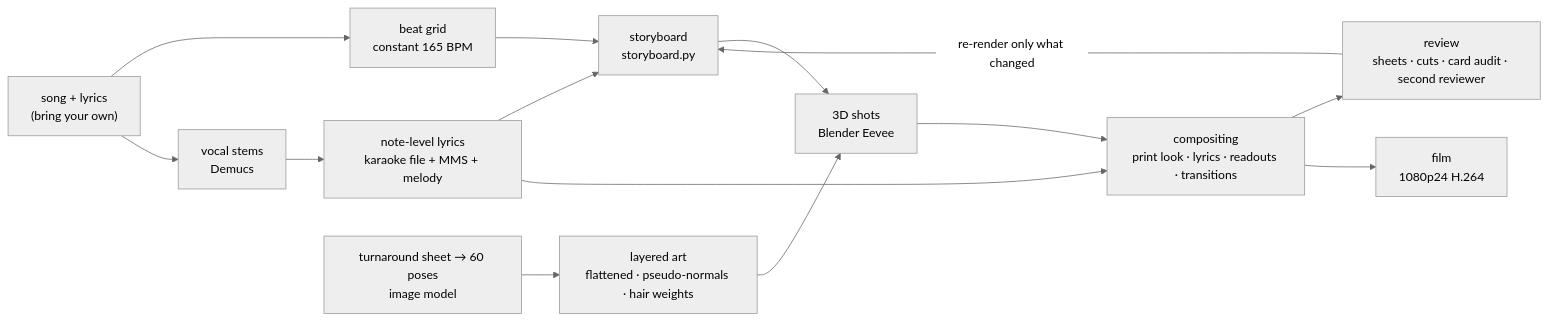
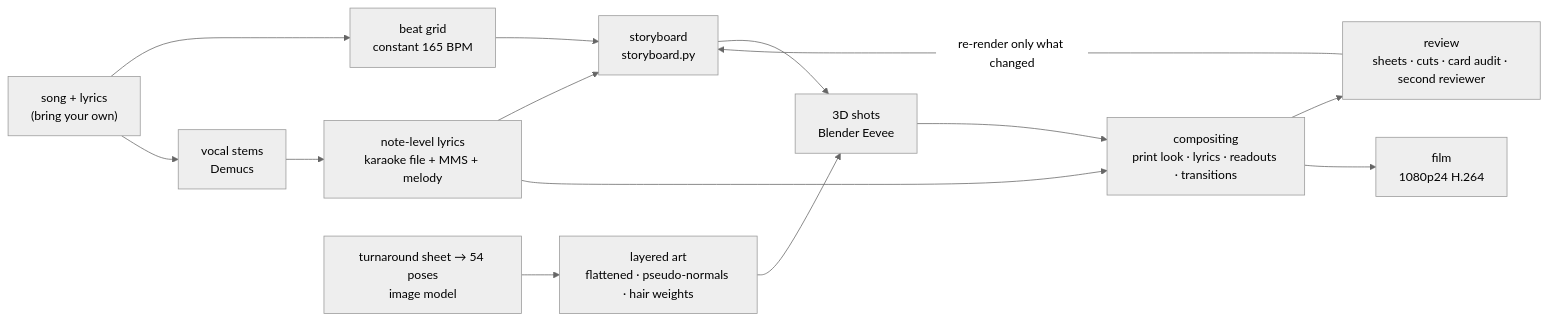
One commit to RepressedAlliance/MeltDown changed the diagram in README.en.md. Above: the diagram before and after it, drawn with Mermaid (neutral theme). The commit also changed other lines of this file and 60 other files, not shown here.

````diff
--- a/README.en.md
+++ b/README.en.md
@@ -102,16 +102,16 @@
 ```mermaid
 flowchart LR
   A["song + lyrics<br/>(bring your own)"] --> B["beat grid<br/>constant 165 BPM"]
   A --> C["vocal stems<br/>Demucs"]
   C --> D["note-level lyrics<br/>karaoke file + MMS + melody"]
-  E["turnaround sheet → 60 poses<br/>image model"] --> F["layered art<br/>flattened · pseudo-normals · hair weights"]
+  E["turnaround sheet → 54 poses<br/>image model"] --> F["layered art<br/>flattened · pseudo-normals · hair weights"]
   B --> G["storyboard<br/>storyboard.py"]
   D --> G
   G --> H["3D shots<br/>Blender Eevee"]
   F --> H
   H --> I["compositing<br/>print look · lyrics · readouts · transitions"]
   D --> I
   I --> J["review<br/>sheets · cuts · card audit · second reviewer"]
   J -- "re-render only what changed" --> G
   I --> K["film<br/>1080p24 H.264"]
 ```
````
